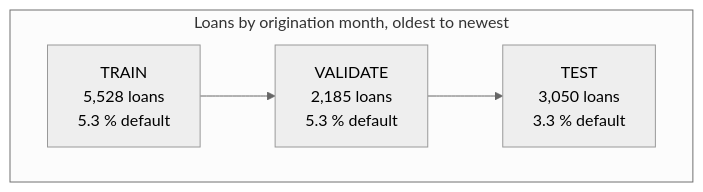
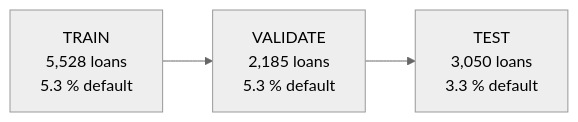
One commit to rosvend/MLOps changed the diagram in docs/gcp/training.md. Above: the diagram before and after it, drawn with Mermaid (neutral theme). The commit also changed other lines of this file and 25 other files, not shown here.

````diff
--- a/docs/gcp/training.md
+++ b/docs/gcp/training.md
@@ -11,7 +18,4 @@
 ```mermaid
 flowchart LR
-    subgraph months["Loans by origination month, oldest to newest"]
-        direction LR
-        tr["TRAIN<br/>5,528 loans<br/>5.3 % default"] --> va["VALIDATE<br/>2,185 loans<br/>5.3 % default"] --> te["TEST<br/>3,050 loans<br/>3.3 % default"]
-    end
+    tr["TRAIN<br/>5,528 loans<br/>5.3 % default"] --> va["VALIDATE<br/>2,185 loans<br/>5.3 % default"] --> te["TEST<br/>3,050 loans<br/>3.3 % default"]
 ```
````
